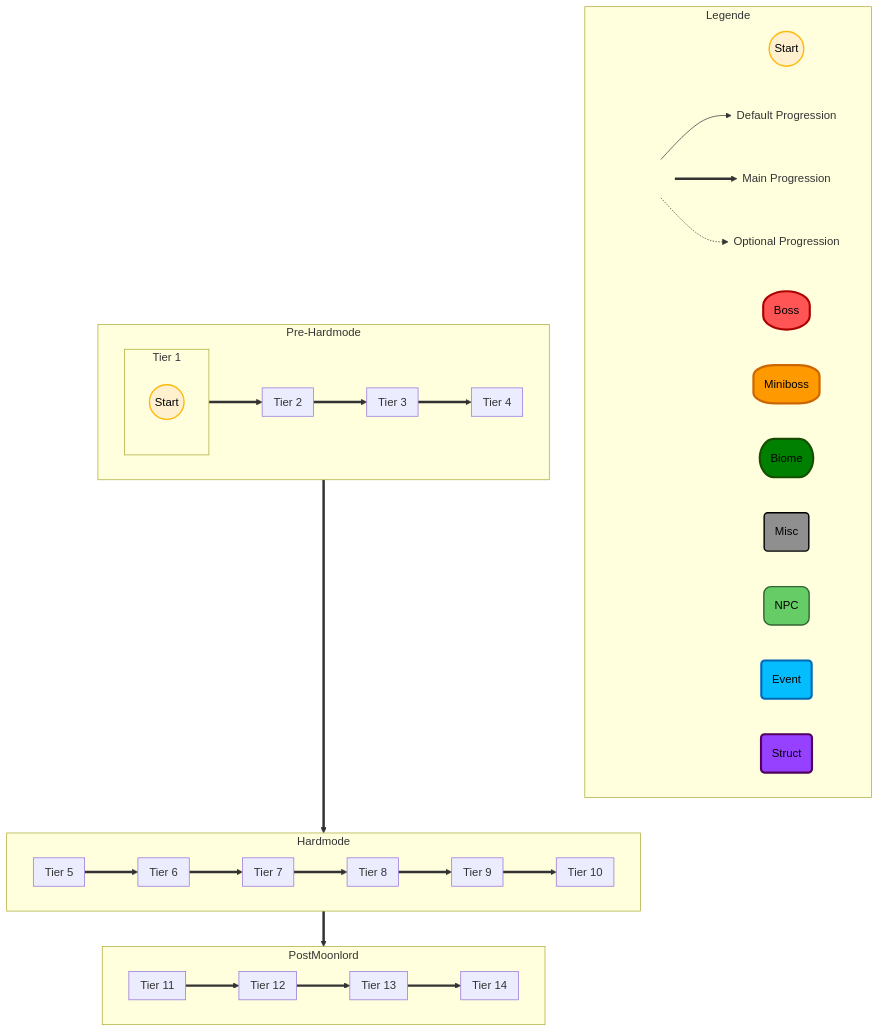
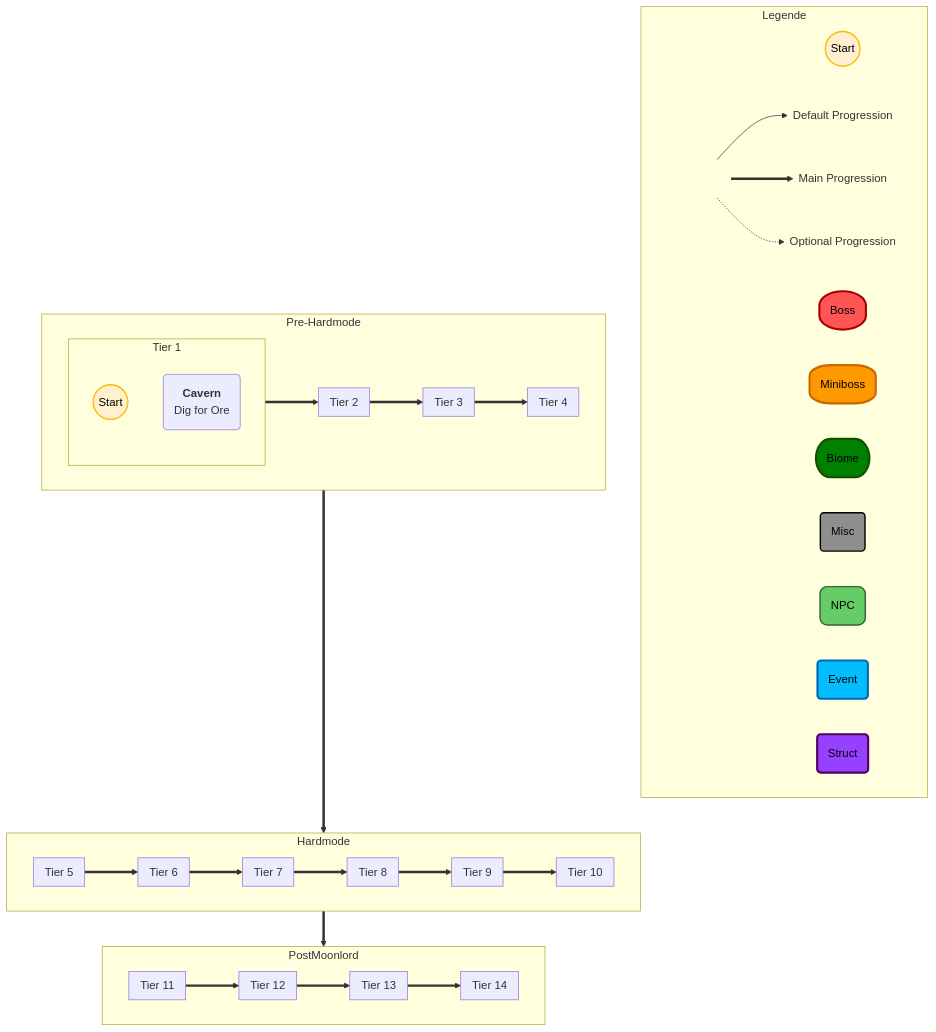
Before and after one commit to Schokobaer06/BattleOfGods: the diagram in todo.md, drawn with Mermaid.

```diff
--- a/todo.md
+++ b/todo.md
@@ -167,7 +167,7 @@
 subgraph prehardmode [Pre-Hardmode]
 	subgraph t1 [Tier 1]
 		start1@{ shape: circle, label: "Start"}
-
+		bi1("`**Cavern**<br>Dig for Ore`")
 	end
 	subgraph t2 [Tier 2]
 
```
